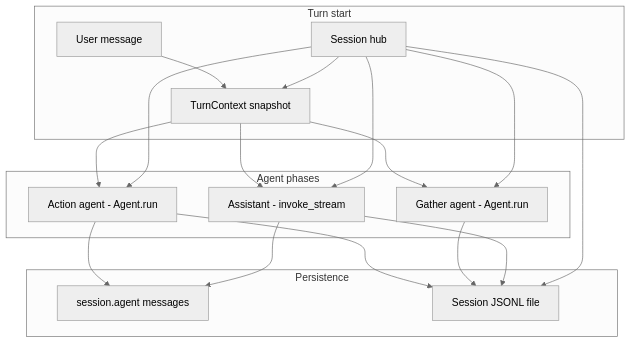
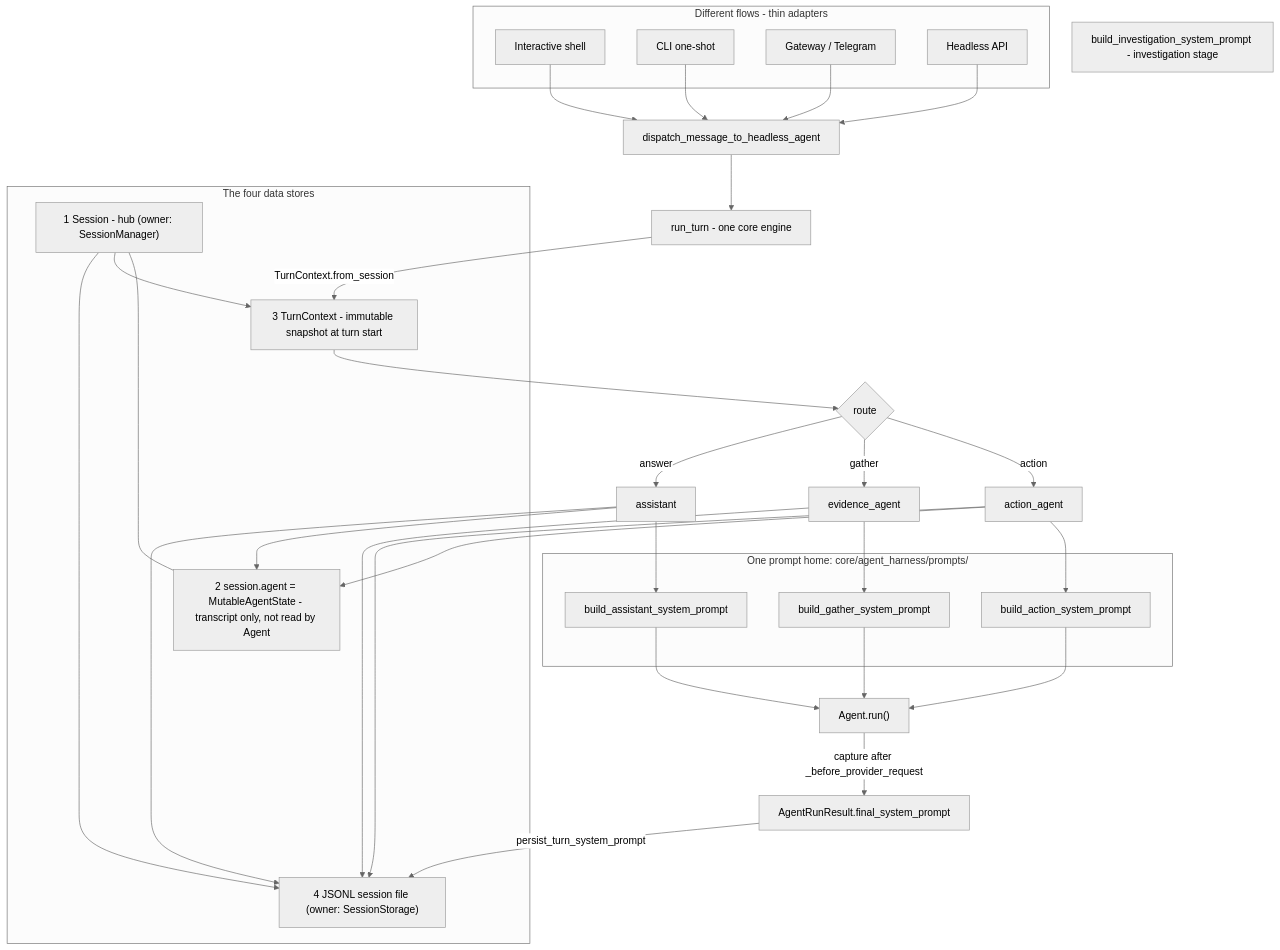
One commit to Tracer-Cloud/open-sre-agent changed the first of 2 diagrams in docs/agent-context-data-stores.md. Above: the diagram before and after it, drawn with Mermaid (neutral theme). The commit also changed other lines of this file, not shown here.

Commit message:
fixed md file

````diff
--- a/docs/agent-context-data-stores.md
+++ b/docs/agent-context-data-stores.md
@@ -27,35 +31,54 @@
 ```mermaid
 flowchart TB
-    subgraph turn_start [Turn start]
-        UserInput[User message]
-        Session[Session hub]
-        TC[TurnContext snapshot]
-        UserInput --> TC
-        Session --> TC
+    subgraph surfaces [Different flows - thin adapters]
+        SH[Interactive shell]
+        CLI[CLI one-shot]
+        GW[Gateway / Telegram]
+        HL[Headless API]
+    end
+    SH --> DISP
+    CLI --> DISP
+    GW --> DISP
+    HL --> DISP
+    DISP[dispatch_message_to_headless_agent] --> RT[run_turn - one core engine]
+
+    subgraph stores [The four data stores]
+        S1["1 Session - hub (owner: SessionManager)"]
+        S2["2 session.agent = MutableAgentState - transcript only, not read by Agent"]
+        S3["3 TurnContext - immutable snapshot at turn start"]
+        S4["4 JSONL session file (owner: SessionStorage)"]
     end
 
-    subgraph agents [Agent phases]
-        Action[Action agent - Agent.run]
-        Gather[Gather agent - Agent.run]
-        Answer[Assistant - invoke_stream]
+    RT -->|TurnContext.from_session| S3
+    S1 --- S2
+    S1 --> S3
+
+    S3 --> ROUTE{route}
+    ROUTE -->|action| A1[action_agent]
+    ROUTE -->|gather| A2[evidence_agent]
+    ROUTE -->|answer| A3[assistant]
+
+    subgraph prompts [One prompt home: core/agent_harness/prompts/]
+        P1[build_action_system_prompt]
+        P2[build_gather_system_prompt]
+        P3[build_assistant_system_prompt]
     end
+    PI[build_investigation_system_prompt - investigation stage]
 
-    TC --> Action
-    TC --> Gather
-    TC --> Answer
-    Session --> Action
-    Session --> Gather
-    Session --> Answer
+    A1 --> P1
+    A2 --> P2
+    A3 --> P3
 
-    subgraph persist [Persistence]
-        AgentState[session.agent messages]
-        JSONL[Session JSONL file]
-    end
+    P1 --> RUN
+    P2 --> RUN
+    P3 --> RUN
+    RUN["Agent.run()"] -->|capture after _before_provider_request| FP[AgentRunResult.final_system_prompt]
 
-    Action --> AgentState
-    Answer --> AgentState
-    Action --> JSONL
-    Gather --> JSONL
-    Answer --> JSONL
-    Session --> JSONL
+    A1 --> S2
+    A3 --> S2
+    FP -->|persist_turn_system_prompt| S4
+    A1 --> S4
+    A2 --> S4
+    A3 --> S4
+    S1 --> S4
 ```
````
